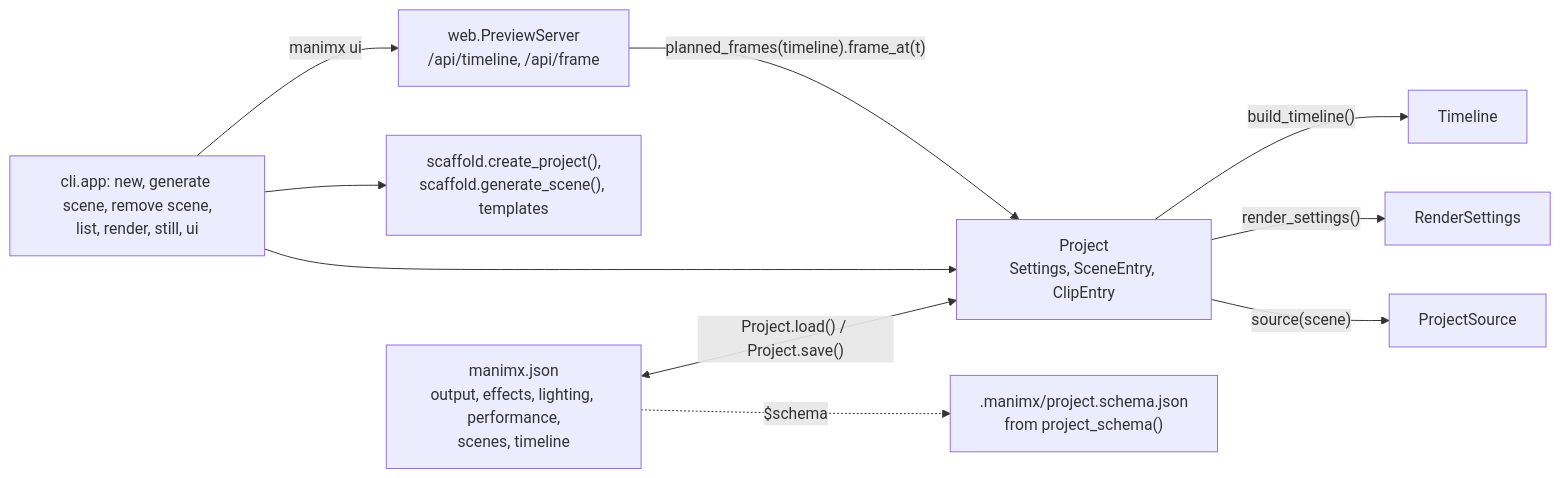
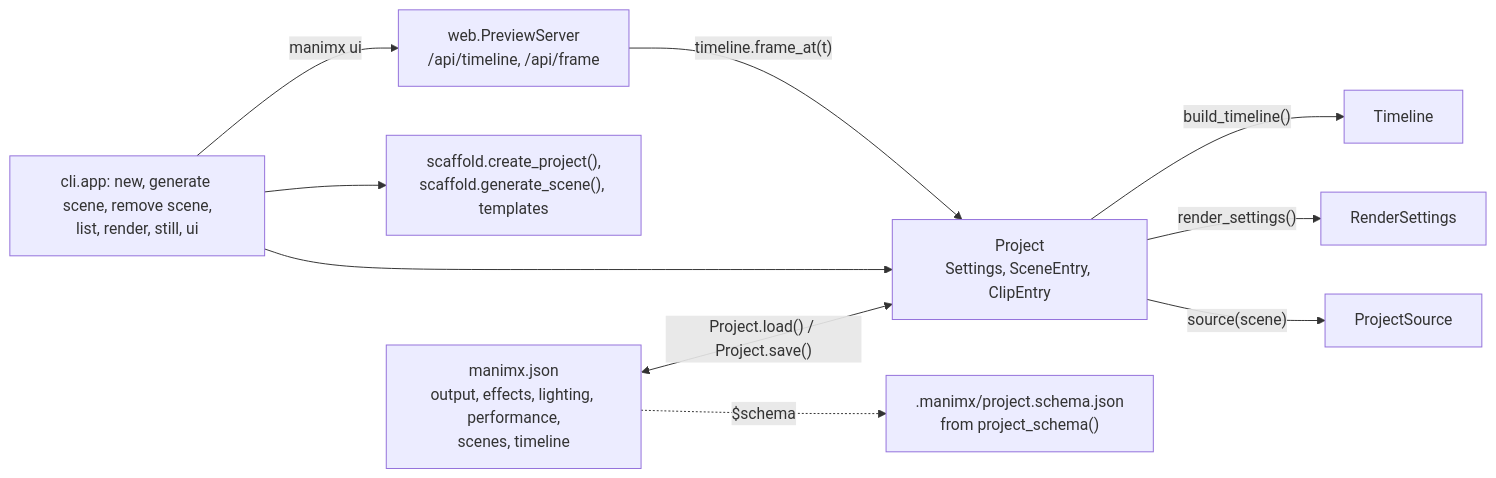
The eighth of 8 diagrams in manimx/ARCHITECTURE.md (MrDiver/manim), drawn with Mermaid before and after one commit. The commit also changed other lines of this file and 110 other files, not shown here.

````diff
--- a/manimx/ARCHITECTURE.md
+++ b/manimx/ARCHITECTURE.md
@@ -626,12 +656,12 @@
 ```mermaid
 flowchart LR
     J["manimx.json<br/>output, effects, lighting, performance,<br/>scenes, timeline"] <-->|"Project.load() / Project.save()"| P["Project<br/>Settings, SceneEntry, ClipEntry"]
     P -->|"build_timeline()"| TL["Timeline"]
     P -->|"render_settings()"| RS["RenderSettings"]
     P -->|"source(scene)"| PSrc["ProjectSource"]
     CLI["cli.app: new, generate scene, remove scene,<br/>list, render, still, ui"] --> P
     CLI --> Scaffold["scaffold.create_project(),<br/>scaffold.generate_scene(), templates"]
     CLI -->|"manimx ui"| UI["web.PreviewServer<br/>/api/timeline, /api/frame"]
-    UI -->|"planned_frames(timeline).frame_at(t)"| P
+    UI -->|"timeline.frame_at(t)"| P
     J -.->|"$schema"| Schema[".manimx/project.schema.json<br/>from project_schema()"]
 ```
````
